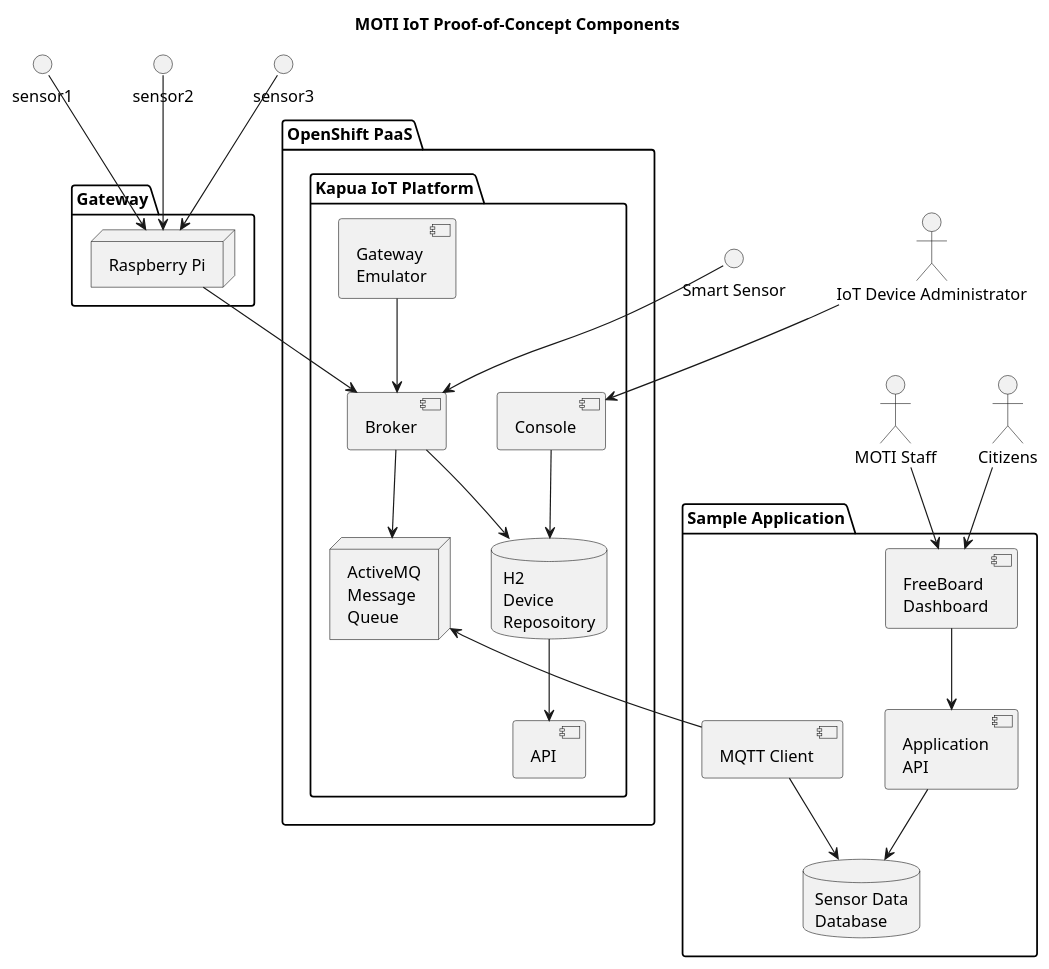
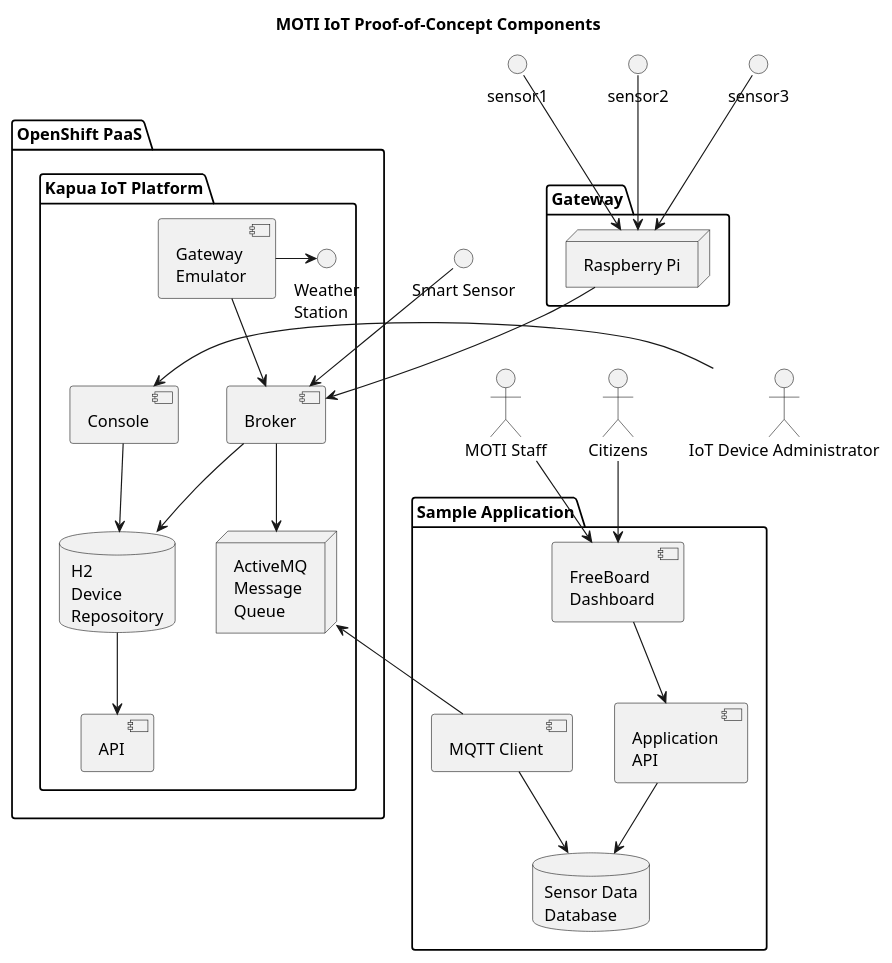
The diagram in images/moti-iot-poc.plantuml (bcgov/moti-iot-challenges), drawn with PlantUML before and after one commit. The commit also changed 3 other files, not shown here.

```diff
--- a/images/moti-iot-poc.plantuml
+++ b/images/moti-iot-poc.plantuml
@@ -1,53 +1,55 @@
 @startuml
 skinparam monochrome true
 title MOTI IoT Proof-of-Concept Components
 
 package "Gateway" {
 	node "Raspberry Pi" as pi
 }
 
 () sensor1 --> pi
 () sensor2 --> pi
 () sensor3 --> pi
 
 package "OpenShift PaaS" {
   package "Kapua IoT Platform" {
      component "Gateway\nEmulator" as emu
+     () "Weather\nStation" as ws
      component "Console" as console
      component "API" as api
      component "Broker" as broker
      node "ActiveMQ\nMessage\nQueue" as mq
      database "H2\nDevice\nReposoitory" as h2
   }
 }
 
+emu -right-> ws
 pi --> broker
 emu --> broker
 () "Smart Sensor" --> broker
 
 console --> h2
 broker --> mq
 broker --> h2
 api <-up- h2
 
 package "Sample Application" as app {
   component "MQTT Client" as mqclient
   database "Sensor Data\nDatabase" as pg
   component "Application\nAPI" as appapi
   component "FreeBoard\nDashboard" as dash
 }
 
 mqclient -up-> mq
 mqclient --> pg
 appapi --> pg
 dash --> appapi
 
 actor "MOTI Staff" as staff
 actor "Citizens" as citizen
 actor "IoT Device Administrator" as admin
 
-admin --> console
+admin -left-> console
 staff --> dash
 citizen --> dash
 
 @enduml
```
